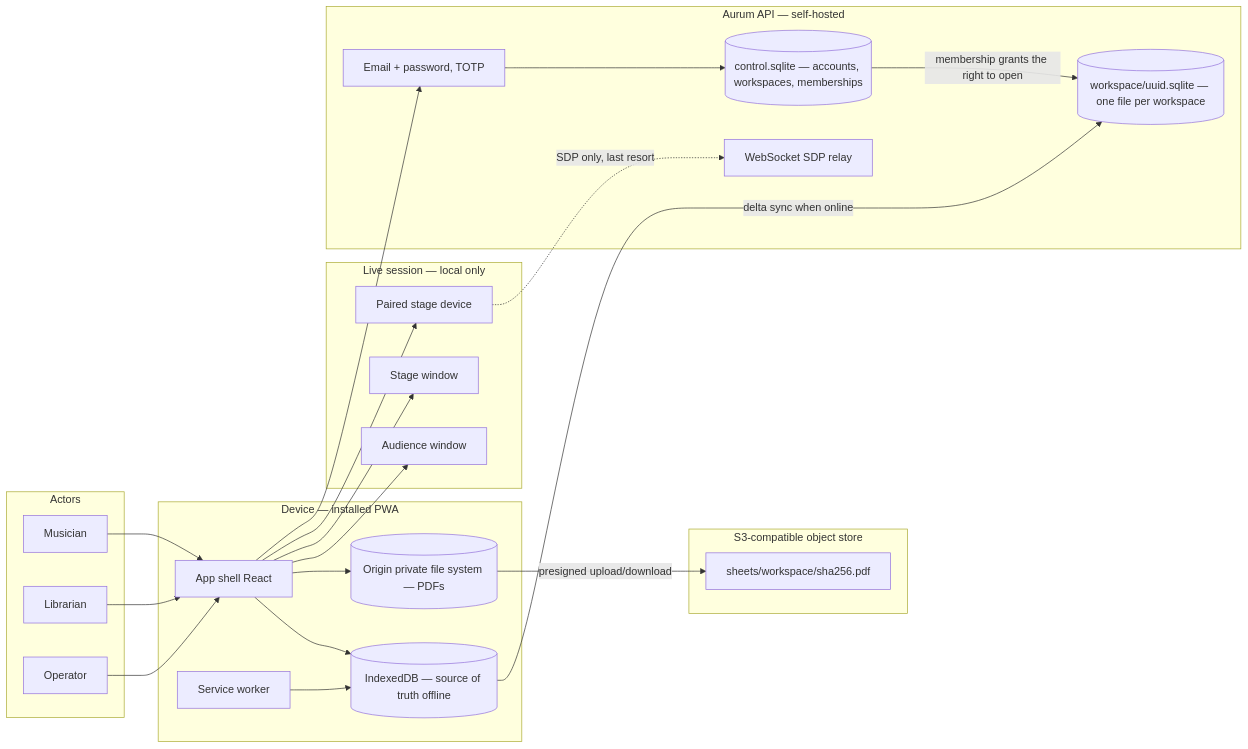
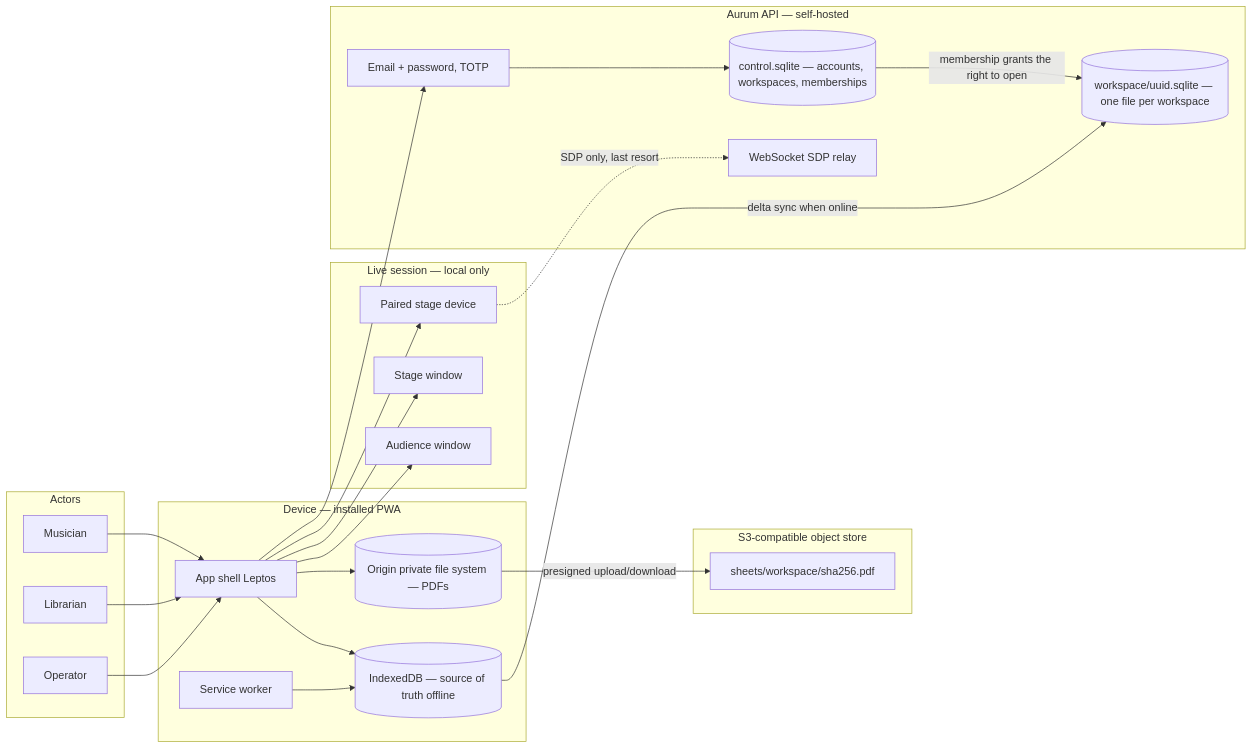
The first of 2 diagrams in docs/SDD/overview.md (Aurum-Presenter/aurum-presenter), drawn with Mermaid before and after one commit. The commit also changed other lines of this file and 155 other files, not shown here.

````diff
--- a/docs/SDD/overview.md
+++ b/docs/SDD/overview.md
@@ -36,44 +36,44 @@
 ```mermaid
 flowchart LR
     subgraph Actors
         M[Musician]
         L[Librarian]
         O[Operator]
     end
     subgraph Device["Device — installed PWA"]
-        UI[App shell React]
+        UI[App shell Leptos]
         SW[Service worker]
         IDB[(IndexedDB — source of truth offline)]
         OPFS[(Origin private file system — PDFs)]
     end
     subgraph Live["Live session — local only"]
         AUD[Audience window]
         STG[Stage window]
         PAIR[Paired stage device]
     end
     subgraph Server["Aurum API — self-hosted"]
         CTRL[(control.sqlite — accounts, workspaces, memberships)]
         WSDB[(workspace/uuid.sqlite — one file per workspace)]
         AUTH[Email + password, TOTP]
         SIG[WebSocket SDP relay]
     end
     subgraph Blobs["S3-compatible object store"]
         BLOB[sheets/workspace/sha256.pdf]
     end
 
     M --> UI
     L --> UI
     O --> UI
     UI --> IDB
     UI --> OPFS
     SW --> IDB
     UI --> AUD
     UI --> STG
     UI --> PAIR
     IDB -->|"delta sync when online"| WSDB
     OPFS -->|"presigned upload/download"| BLOB
     UI --> AUTH
     AUTH --> CTRL
     CTRL -->|"membership grants the right to open"| WSDB
     PAIR -.->|"SDP only, last resort"| SIG
 ```
````
